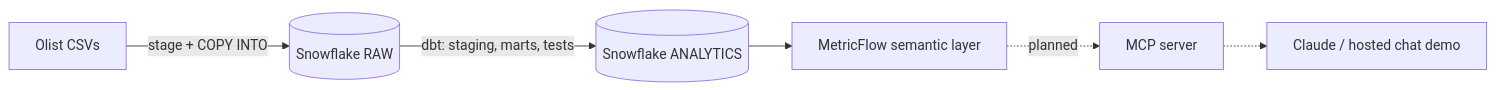
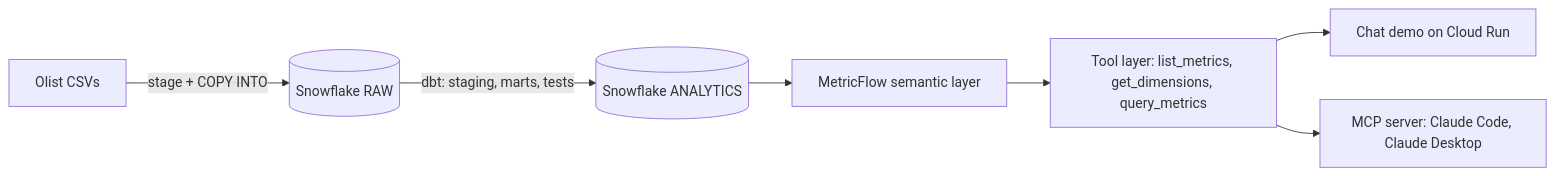
The diagram in README.md (AliSalem2/snow_dbt_semantic_llm), drawn with Mermaid before and after one commit. The commit also changed other lines of this file, not shown here.

Commit message:
README: evaluation results and current architecture

````diff
--- a/README.md
+++ b/README.md
@@ -33,8 +63,9 @@
 ```mermaid
 flowchart LR
     A[Olist CSVs] -->|stage + COPY INTO| B[(Snowflake RAW)]
     B -->|dbt: staging, marts, tests| C[(Snowflake ANALYTICS)]
     C --> D[MetricFlow semantic layer]
-    D -.->|planned| E[MCP server]
-    E -.-> F[Claude / hosted chat demo]
+    D --> E[Tool layer: list_metrics, get_dimensions, query_metrics]
+    E --> F[Chat demo on Cloud Run]
+    E --> G[MCP server: Claude Code, Claude Desktop]
 ```
````
